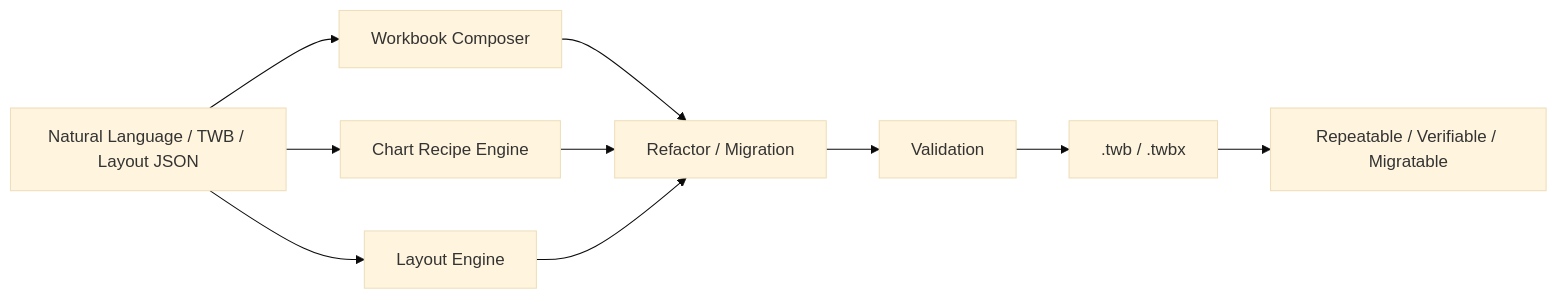
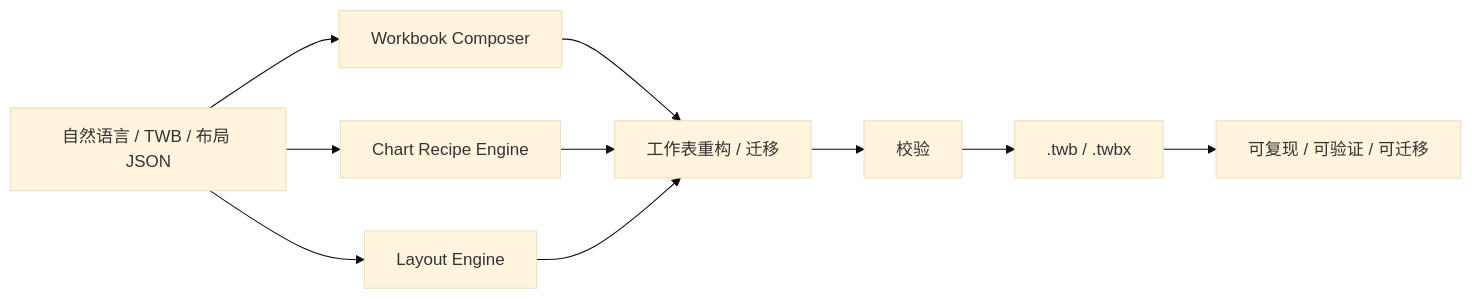
The second of 2 diagrams in slides.md (imgwho/datacooper-tug-share), drawn with Mermaid (base theme) before and after one commit. The commit also changed other lines of this file and 1 other file, not shown here.

````diff
--- a/slides.md
+++ b/slides.md
@@ -325,12 +327,12 @@
 ```mermaid
 flowchart LR
-  A["Natural Language / TWB / Layout JSON"] --> B["Workbook Composer"]
+  A["自然语言 / TWB / 布局 JSON"] --> B["Workbook Composer"]
   A --> C["Chart Recipe Engine"]
   A --> D["Layout Engine"]
-  B --> E["Refactor / Migration"]
+  B --> E["工作表重构 / 迁移"]
   C --> E
   D --> E
-  E --> F["Validation"]
+  E --> F["校验"]
   F --> G[".twb / .twbx"]
-  G --> H["Repeatable / Verifiable / Migratable"]
+  G --> H["可复现 / 可验证 / 可迁移"]
 ```
````
